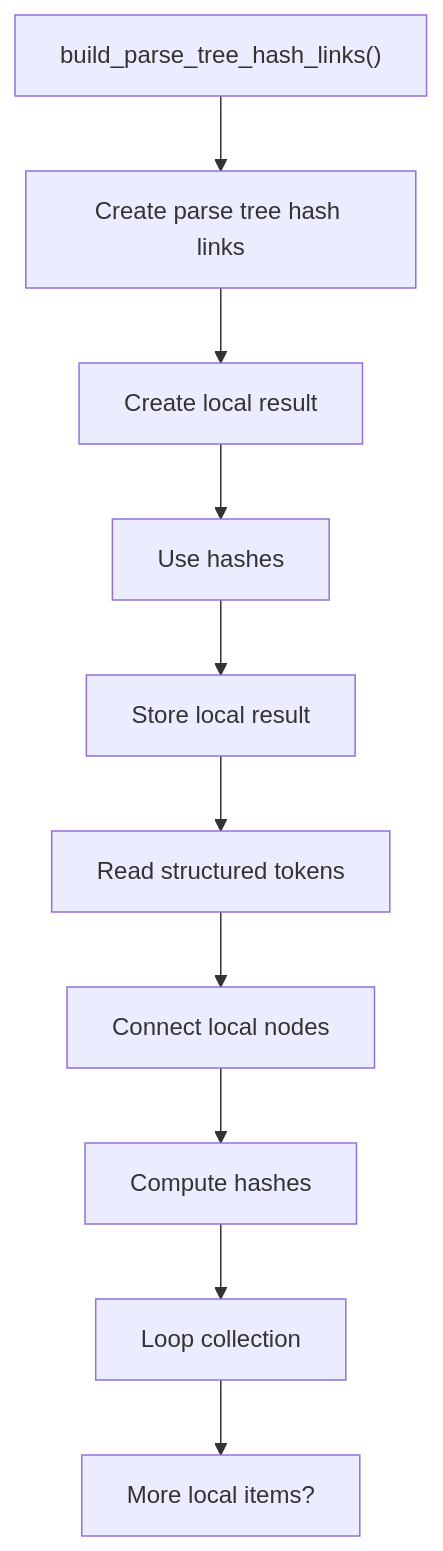
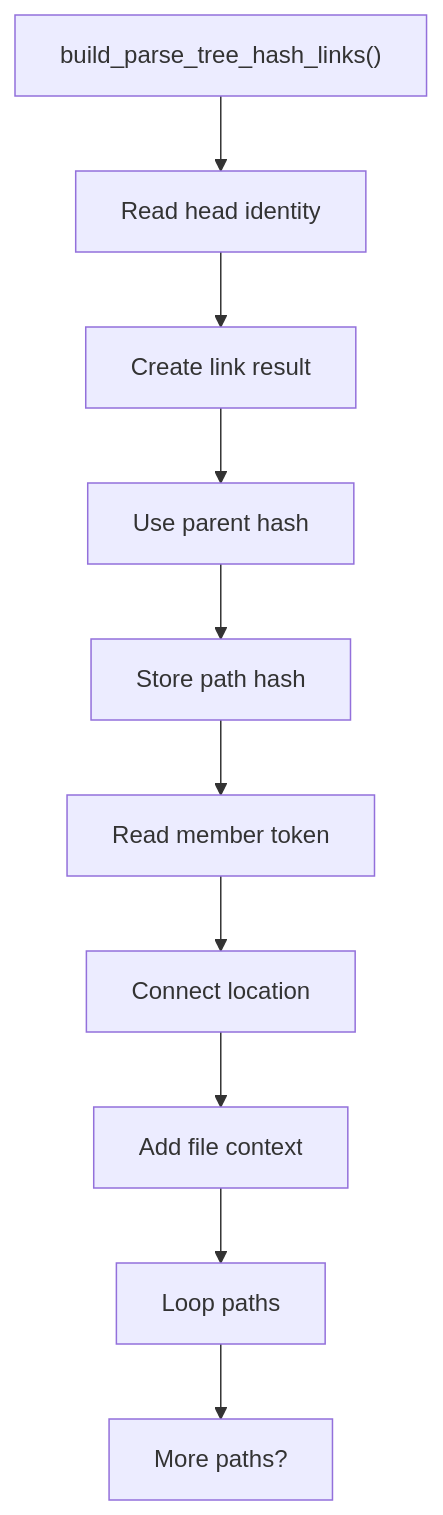
One commit to JohnAndrewBalbarosa/NeoTerritory changed the third of 4 diagrams in docs/Codebase/Microservice/Modules/Source/HashingMechanism/HashLinks/core.cpp.md. Above: the diagram before and after it, drawn with Mermaid. The commit also changed other lines of this file and 147 other files, not shown here.

````diff
--- a/docs/Codebase/Microservice/Modules/Source/HashingMechanism/HashLinks/core.cpp.md
+++ b/docs/Codebase/Microservice/Modules/Source/HashingMechanism/HashLinks/core.cpp.md
@@ -100,22 +108,22 @@
 ```mermaid
 flowchart TD
     N0["build_parse_tree_hash_links()"]
-    N1["Create parse tree hash links"]
-    N2["Create local result"]
-    N3["Use hashes"]
-    N4["Store local result"]
-    N5["Read structured tokens"]
-    N6["Connect local nodes"]
-    N7["Compute hashes"]
-    N8["Loop collection"]
-    N9["More local items?"]
+    N1["Read head identity"]
+    N2["Create link result"]
+    N3["Use parent hash"]
+    N4["Store path hash"]
+    N5["Read member token"]
+    N6["Connect location"]
+    N7["Add file context"]
+    N8["Loop paths"]
+    N9["More paths?"]
     N0 --> N1
     N1 --> N2
     N2 --> N3
     N3 --> N4
     N4 --> N5
     N5 --> N6
     N6 --> N7
     N7 --> N8
     N8 --> N9
 ```
````
